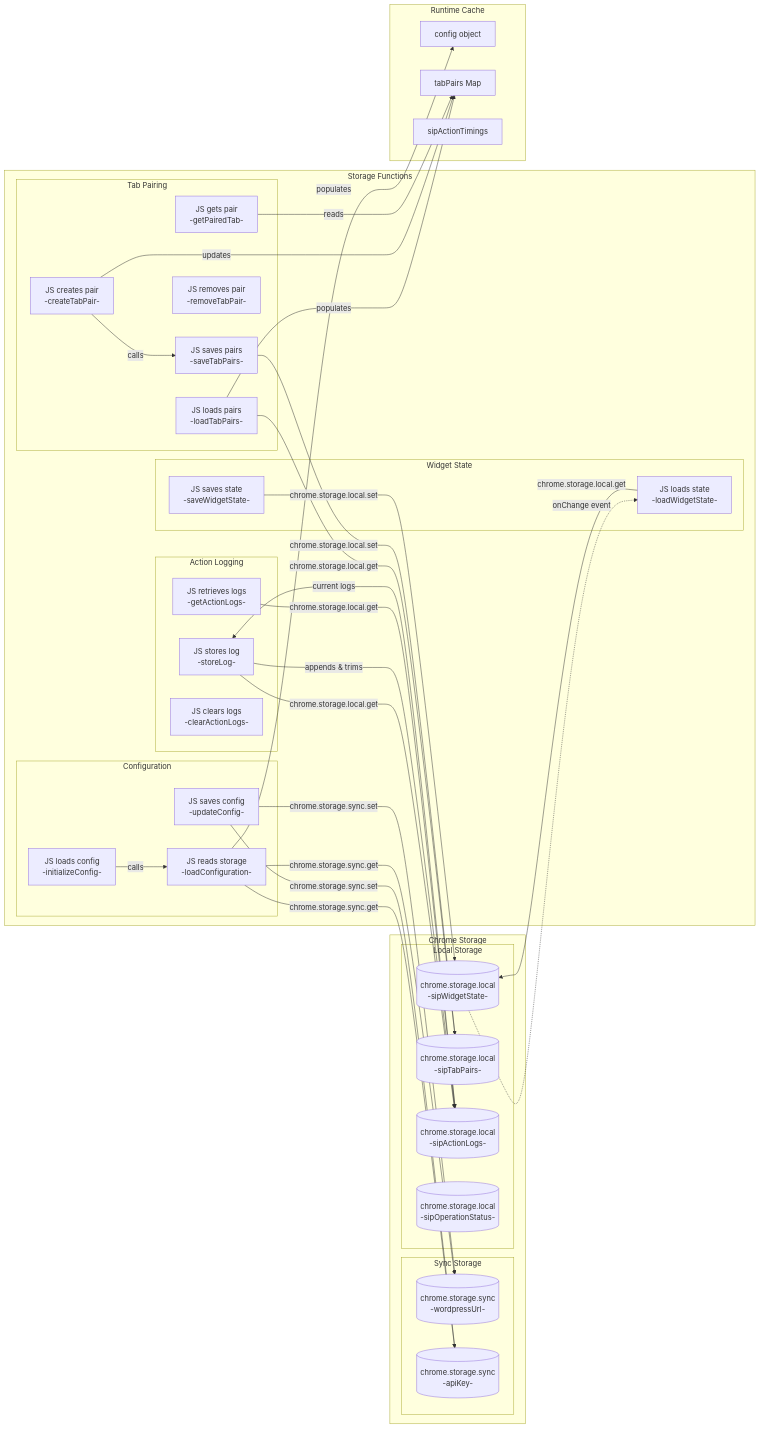
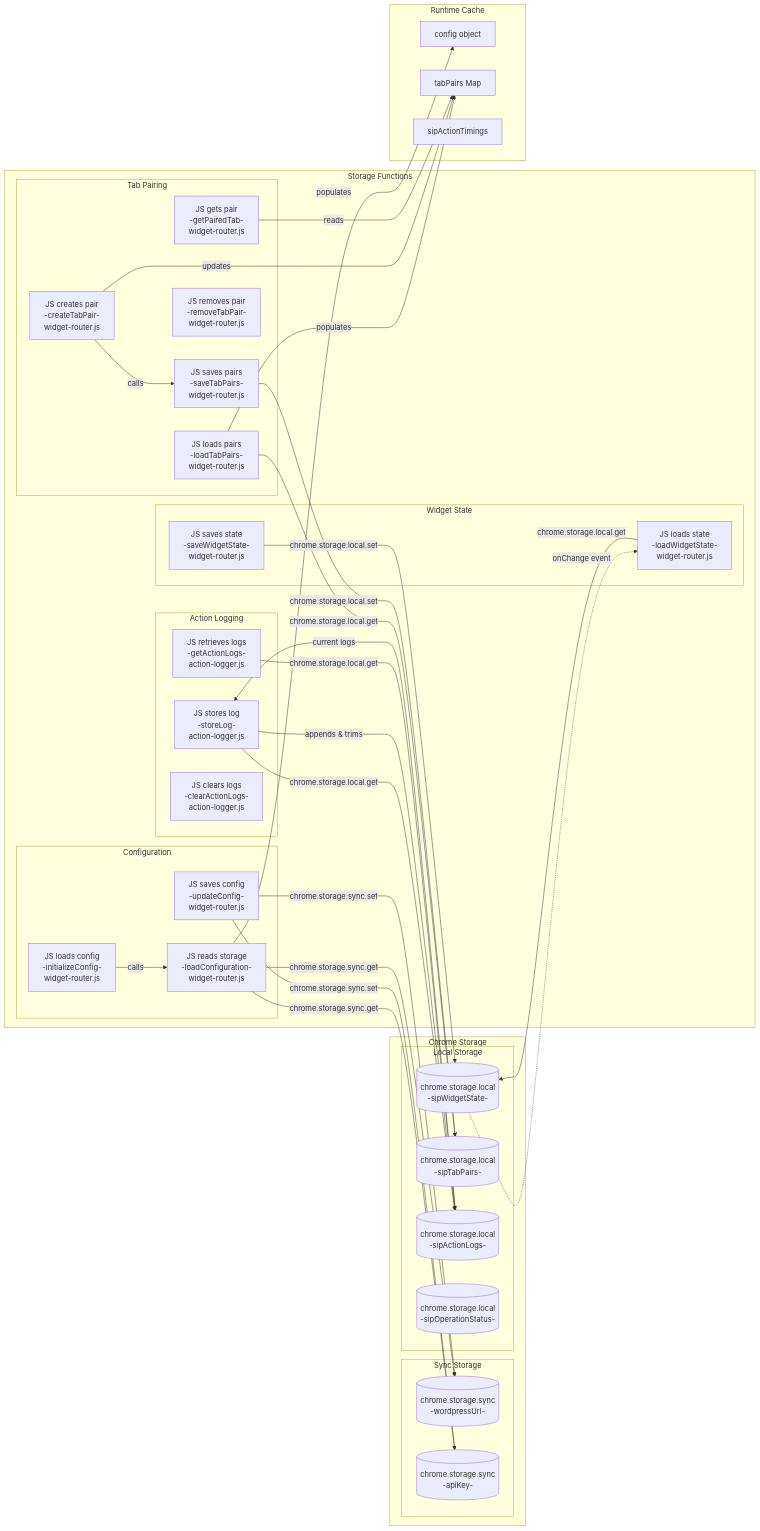
One commit to tdemelle-SiP/.claude changed the third of 13 diagrams in guidelines/sip-printify-manager-extension-widget-v2.md. Above: the diagram before and after it, drawn with Mermaid. The commit also changed other lines of this file and 1 other file, not shown here.

````diff
--- a/guidelines/sip-printify-manager-extension-widget-v2.md
+++ b/guidelines/sip-printify-manager-extension-widget-v2.md
@@ -282,76 +274,76 @@
 ```mermaid
 graph LR
     subgraph "Storage Functions"
         subgraph "Configuration"
-            InitConfig[JS loads config<br/>-initializeConfig-]
-            LoadConfig[JS reads storage<br/>-loadConfiguration-]
-            UpdateConfig[JS saves config<br/>-updateConfig-]
+            InitConfig[JS loads config<br/>-initializeConfig-<br/>widget-router.js]
+            LoadConfig[JS reads storage<br/>-loadConfiguration-<br/>widget-router.js]
+            UpdateConfig[JS saves config<br/>-updateConfig-<br/>widget-router.js]
         end
         
         subgraph "Tab Pairing"
-            LoadPairs[JS loads pairs<br/>-loadTabPairs-]
-            SavePairs[JS saves pairs<br/>-saveTabPairs-]
-            CreatePair[JS creates pair<br/>-createTabPair-]
-            RemovePair[JS removes pair<br/>-removeTabPair-]
-            GetPaired[JS gets pair<br/>-getPairedTab-]
+            LoadPairs[JS loads pairs<br/>-loadTabPairs-<br/>widget-router.js]
+            SavePairs[JS saves pairs<br/>-saveTabPairs-<br/>widget-router.js]
+            CreatePair[JS creates pair<br/>-createTabPair-<br/>widget-router.js]
+            RemovePair[JS removes pair<br/>-removeTabPair-<br/>widget-router.js]
+            GetPaired[JS gets pair<br/>-getPairedTab-<br/>widget-router.js]
         end
         
         subgraph "Action Logging"  
-            StoreLog[JS stores log<br/>-storeLog-]
-            GetLogs[JS retrieves logs<br/>-getActionLogs-]
-            ClearLogs[JS clears logs<br/>-clearActionLogs-]
+            StoreLog[JS stores log<br/>-storeLog-<br/>action-logger.js]
+            GetLogs[JS retrieves logs<br/>-getActionLogs-<br/>action-logger.js]
+            ClearLogs[JS clears logs<br/>-clearActionLogs-<br/>action-logger.js]
         end
         
         subgraph "Widget State"
-            SaveWidget[JS saves state<br/>-saveWidgetState-]
-            LoadWidget[JS loads state<br/>-loadWidgetState-]
+            SaveWidget[JS saves state<br/>-saveWidgetState-<br/>widget-router.js]
+            LoadWidget[JS loads state<br/>-loadWidgetState-<br/>widget-router.js]
         end
     end
     
     subgraph "Chrome Storage"
         subgraph "Sync Storage"
             WPUrl[(chrome.storage.sync<br/>-wordpressUrl-)]  
             APIKey[(chrome.storage.sync<br/>-apiKey-)]
         end
         
         subgraph "Local Storage"
             WidgetState[(chrome.storage.local<br/>-sipWidgetState-)]
             TabPairs[(chrome.storage.local<br/>-sipTabPairs-)]
             ActionLogs[(chrome.storage.local<br/>-sipActionLogs-)]
             OpStatus[(chrome.storage.local<br/>-sipOperationStatus-)]
         end
     end
     
     subgraph "Runtime Cache"
         ConfigCache[config object]
         TabMapCache[tabPairs Map]
         TimingsCache[sipActionTimings]
     end
     
     %% Configuration flow
     InitConfig -->|calls| LoadConfig
     LoadConfig -->|chrome.storage.sync.get| WPUrl
     LoadConfig -->|chrome.storage.sync.get| APIKey
     LoadConfig -->|populates| ConfigCache
     UpdateConfig -->|chrome.storage.sync.set| WPUrl
     UpdateConfig -->|chrome.storage.sync.set| APIKey
     
     %% Tab pairing flow  
     LoadPairs -->|chrome.storage.local.get| TabPairs
     LoadPairs -->|populates| TabMapCache
     CreatePair -->|updates| TabMapCache
     CreatePair -->|calls| SavePairs
     SavePairs -->|chrome.storage.local.set| TabPairs
     GetPaired -->|reads| TabMapCache
     
     %% Action logging flow
     StoreLog -->|chrome.storage.local.get| ActionLogs
     ActionLogs -->|current logs| StoreLog
     StoreLog -->|appends & trims| ActionLogs
     GetLogs -->|chrome.storage.local.get| ActionLogs
     
     %% Widget state flow
     SaveWidget -->|chrome.storage.local.set| WidgetState
     LoadWidget -->|chrome.storage.local.get| WidgetState
     WidgetState -.->|onChange event| LoadWidget
 ```
````
